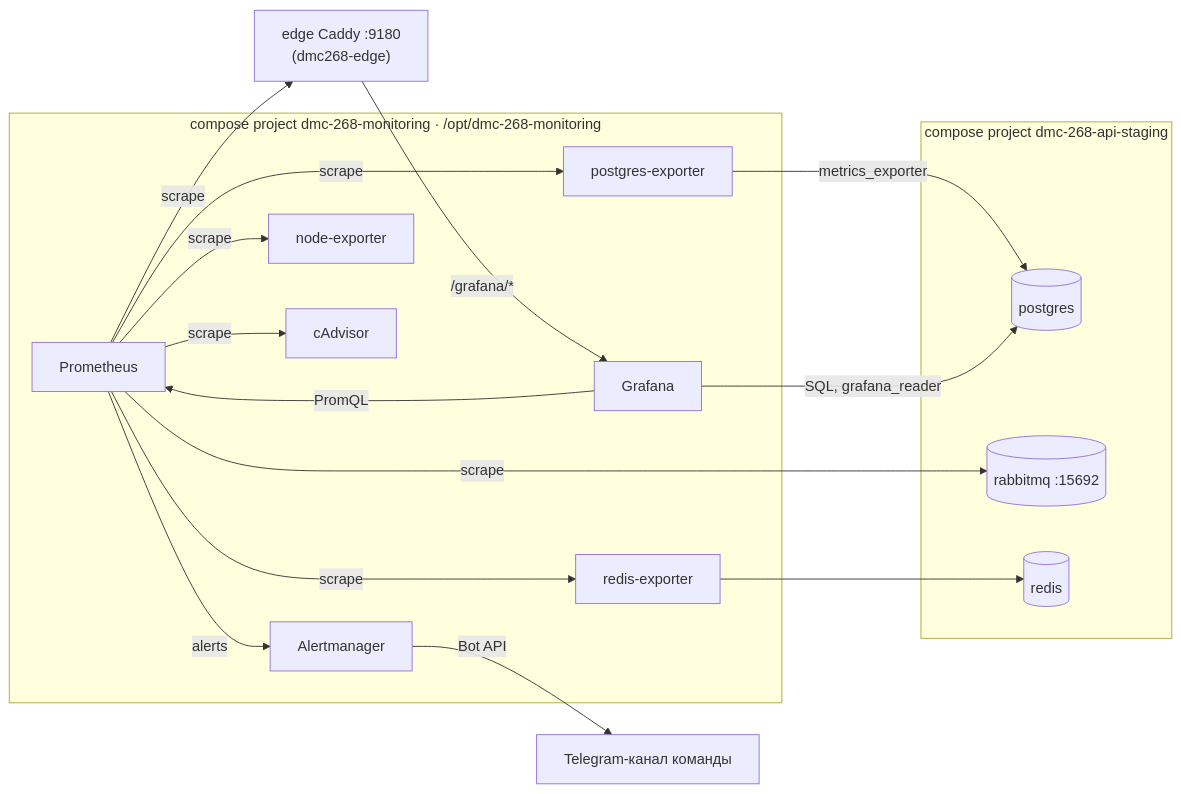
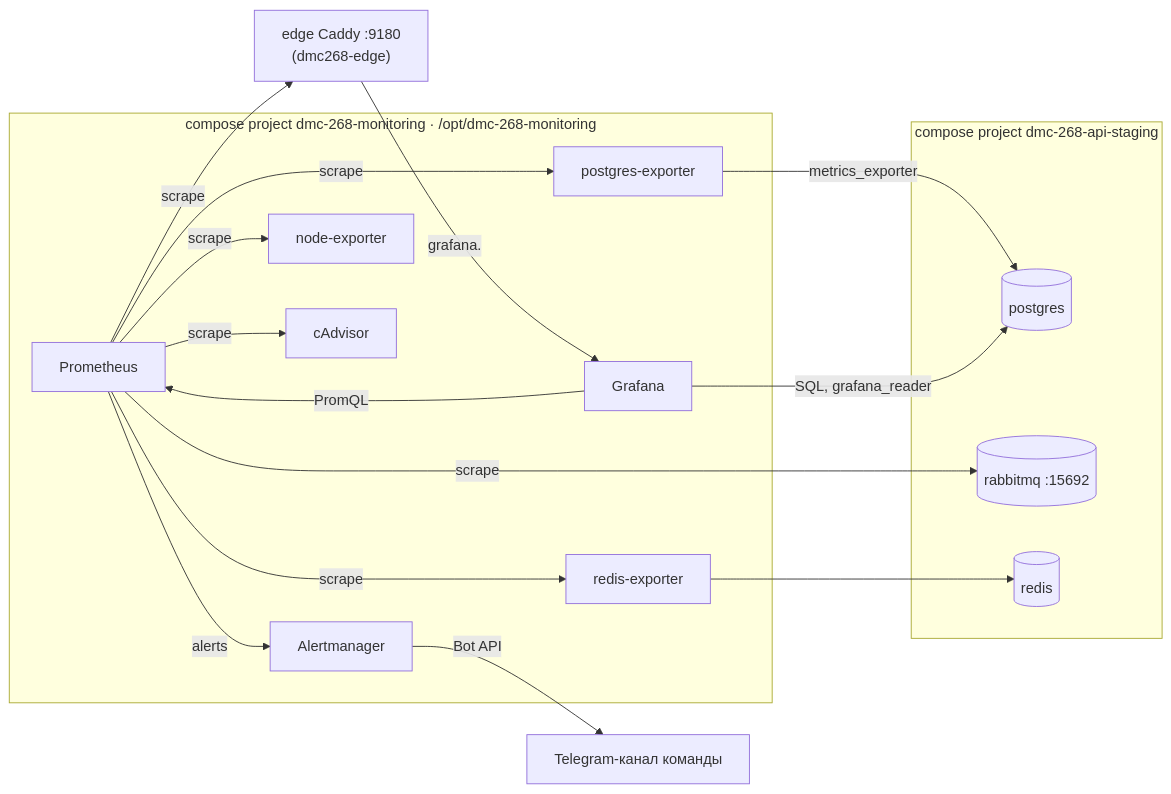
Before and after one commit to larchanka-training/dmc-268-api-t6: the diagram in docs/MONITORING.md, drawn with Mermaid. The commit also changed other lines of this file and 10 other files, not shown here.

First line of the commit message:
feat(monitoring): serve Grafana at its own host grafana.<APP_DOMAIN>

````diff
--- a/docs/MONITORING.md
+++ b/docs/MONITORING.md
@@ -7,26 +7,26 @@
 ```mermaid
 flowchart LR
   subgraph mon["compose project dmc-268-monitoring · /opt/dmc-268-monitoring"]
     prom[Prometheus]
     am[Alertmanager]
     graf[Grafana]
     node[node-exporter]
     cadv[cAdvisor]
     pgx[postgres-exporter]
     rx[redis-exporter]
   end
   subgraph app["compose project dmc-268-api-staging"]
     pg[(postgres)]
     mq[(rabbitmq :15692)]
     redis[(redis)]
   end
   caddy["edge Caddy :9180\n(dmc268-edge)"]
   prom -->|scrape| node & cadv & pgx & rx & mq & caddy
   pgx -->|metrics_exporter| pg
   rx --> redis
   graf -->|PromQL| prom
   graf -->|"SQL, grafana_reader"| pg
   prom -->|alerts| am
   am -->|Bot API| tg["Telegram-канал команды"]
-  caddy -->|"/grafana/*"| graf
+  caddy -->|"grafana.<APP_DOMAIN>"| graf
 ```
````
